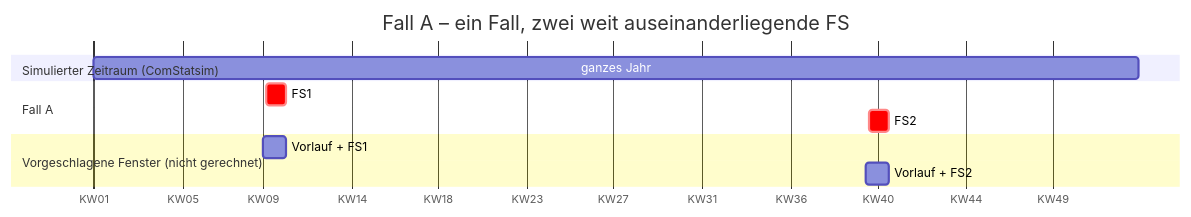
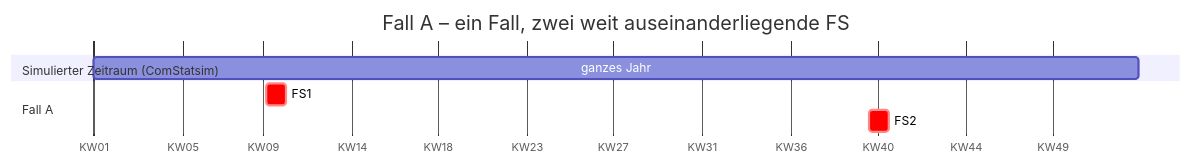
Before and after one commit to hadiibrahim-Engin/GridLensAssessment: the eighth of 8 diagrams in docs/de/ARCHITEKTUR.md, drawn with Mermaid. The commit also changed other lines of this file and 17 other files, not shown here.

````diff
--- a/docs/de/ARCHITEKTUR.md
+++ b/docs/de/ARCHITEKTUR.md
@@ -411,14 +496,11 @@
 ```mermaid
 gantt
     title Fall A – ein Fall, zwei weit auseinanderliegende FS
     dateFormat YYYY-MM-DD
     axisFormat KW%V
     section Simulierter Zeitraum (ComStatsim)
     ganzes Jahr                :2026-01-01, 2026-12-31
     section Fall A
     FS1                        :crit, 2026-03-02, 7d
     FS2                        :crit, 2026-09-28, 7d
-    section Vorgeschlagene Fenster (nicht gerechnet)
-    Vorlauf + FS1              :2026-03-01, 8d
-    Vorlauf + FS2              :2026-09-27, 8d
 ```
````
